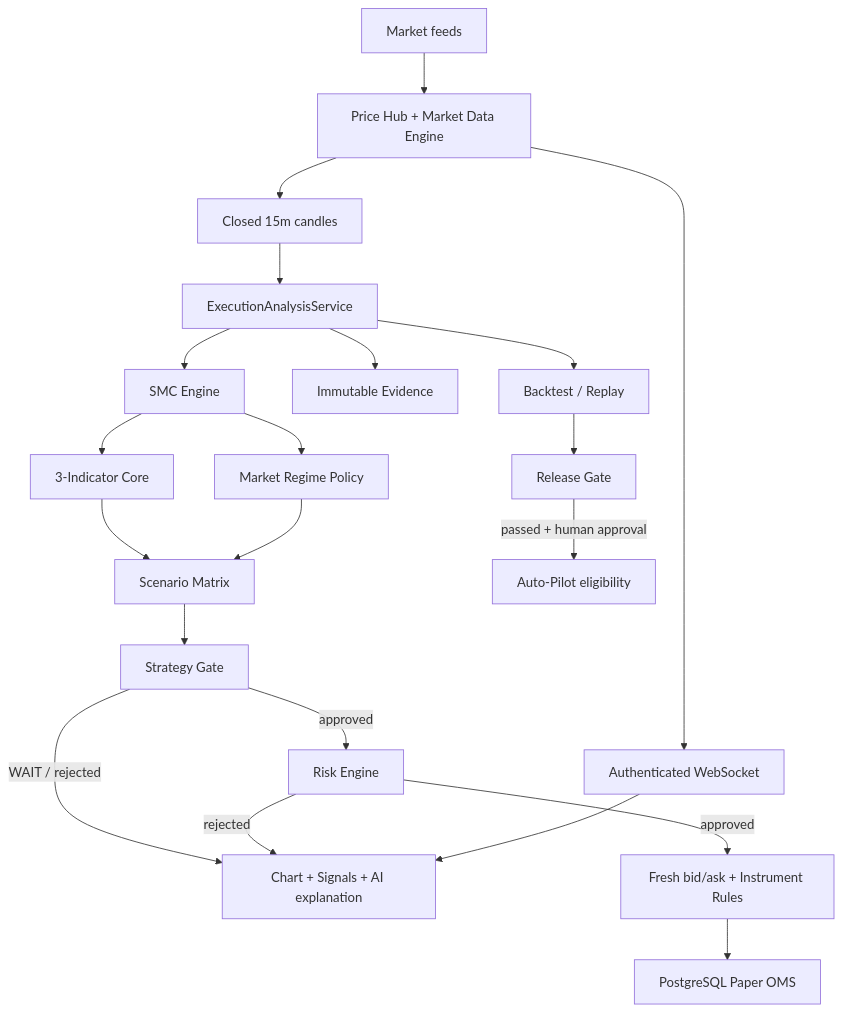
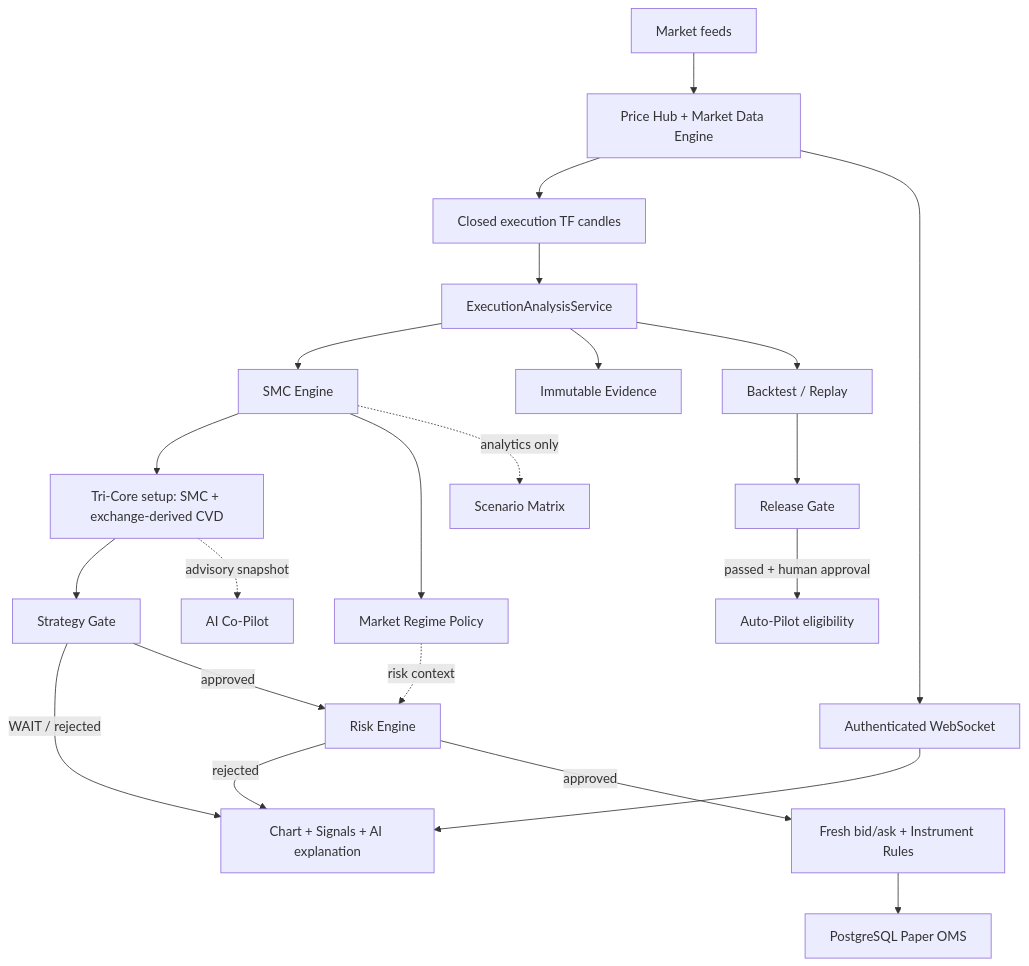
One commit to pirateszero92/ai_trade_advisor changed the second of 2 diagrams in README.md. Above: the diagram before and after it, drawn with Mermaid. The commit also changed other lines of this file and 114 other files, not shown here.

Commit message:
feat: complete Phase 1-3 audit remediations, Tri-Core SMC+CVD engine, Paper OMS auto-pilot fixes, and mobile v1.0.15 build 33

````diff
--- a/README.md
+++ b/README.md
@@ -66,26 +133,27 @@
 ```mermaid
 flowchart TB
     FEED[Market feeds] --> HUB[Price Hub + Market Data Engine]
-    HUB --> CLOSED[Closed 15m candles]
+    HUB --> CLOSED[Closed execution TF candles]
     CLOSED --> EXEC[ExecutionAnalysisService]
     EXEC --> SMC[SMC Engine]
-    SMC --> CORE[3-Indicator Core]
+    SMC --> CORE[Tri-Core setup: SMC + exchange-derived CVD]
     SMC --> REGIME[Market Regime Policy]
-    CORE --> SCENARIO[Scenario Matrix]
-    REGIME --> SCENARIO
-    SCENARIO --> STRATEGY[Strategy Gate]
+    CORE --> STRATEGY[Strategy Gate]
+    SMC -. analytics only .-> SCENARIO[Scenario Matrix]
+    REGIME -. risk context .-> RISK
+    CORE -. advisory snapshot .-> AI[AI Co-Pilot]
 
     STRATEGY -->|WAIT / rejected| UI[Chart + Signals + AI explanation]
     STRATEGY -->|approved| RISK[Risk Engine]
     RISK -->|rejected| UI
     RISK -->|approved| QUOTE[Fresh bid/ask + Instrument Rules]
     QUOTE --> OMS[PostgreSQL Paper OMS]
 
     EXEC --> EVIDENCE[Immutable Evidence]
     EXEC --> BACKTEST[Backtest / Replay]
     BACKTEST --> RELEASE[Release Gate]
     RELEASE -->|passed + human approval| AUTOGATE[Auto-Pilot eligibility]
 
     HUB --> WS[Authenticated WebSocket]
     WS --> UI
 ```
````
